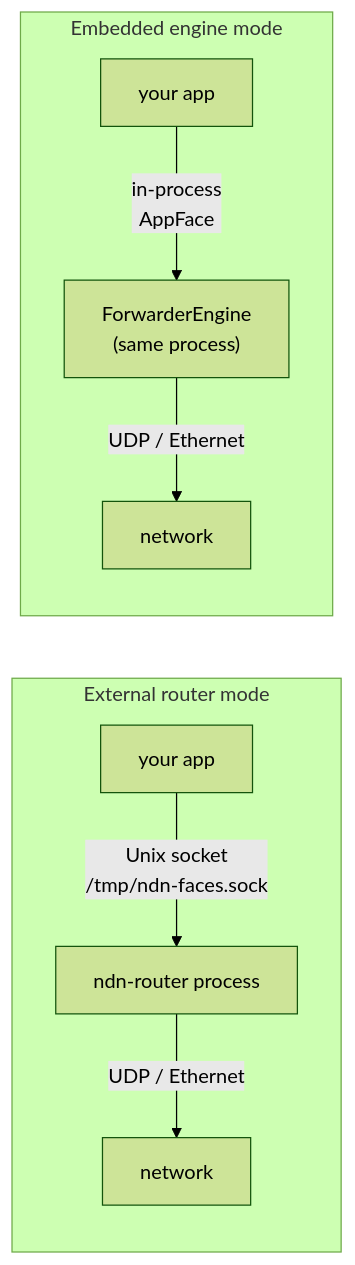
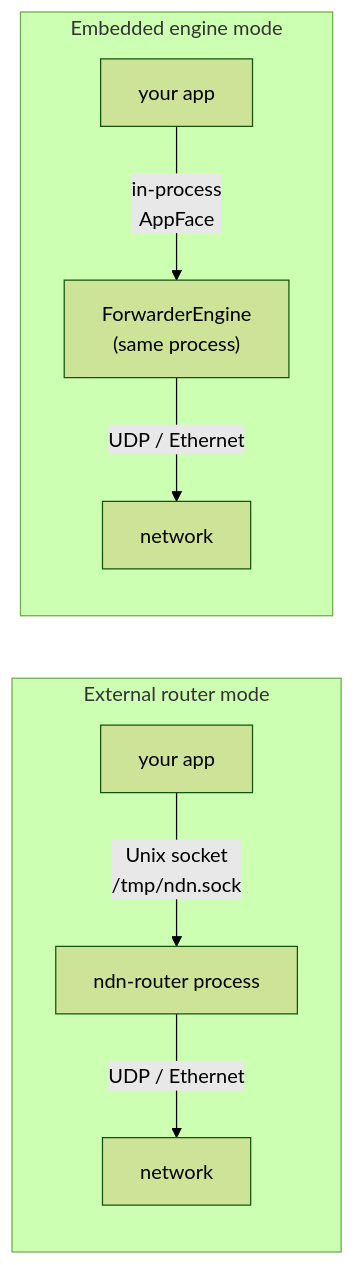
The diagram in docs/wiki/src/guides/building-ndn-apps.md (Quarmire/ndn-rs), drawn with Mermaid (forest theme) before and after one commit. The commit also changed other lines of this file and 11 other files, not shown here.

````diff
--- a/docs/wiki/src/guides/building-ndn-apps.md
+++ b/docs/wiki/src/guides/building-ndn-apps.md
@@ -9,12 +9,12 @@
 ```mermaid
 graph LR
     subgraph "External router mode"
-        App1["your app"] -->|"Unix socket\n/tmp/ndn-faces.sock"| R["ndn-router process"]
+        App1["your app"] -->|"Unix socket\n/tmp/ndn.sock"| R["ndn-router process"]
         R -->|"UDP / Ethernet"| Net["network"]
     end
 
     subgraph "Embedded engine mode"
         App2["your app"] -->|"in-process\nAppFace"| E["ForwarderEngine\n(same process)"]
         E -->|"UDP / Ethernet"| Net2["network"]
     end
 ```
````
